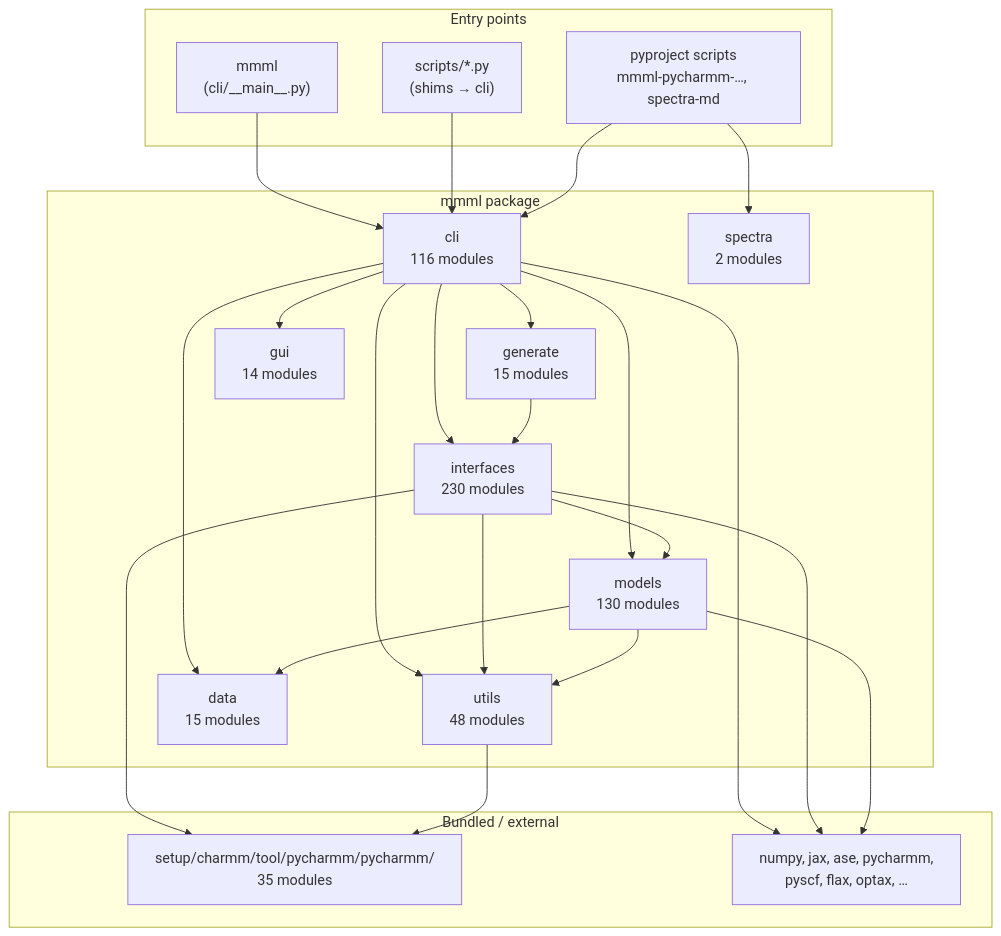
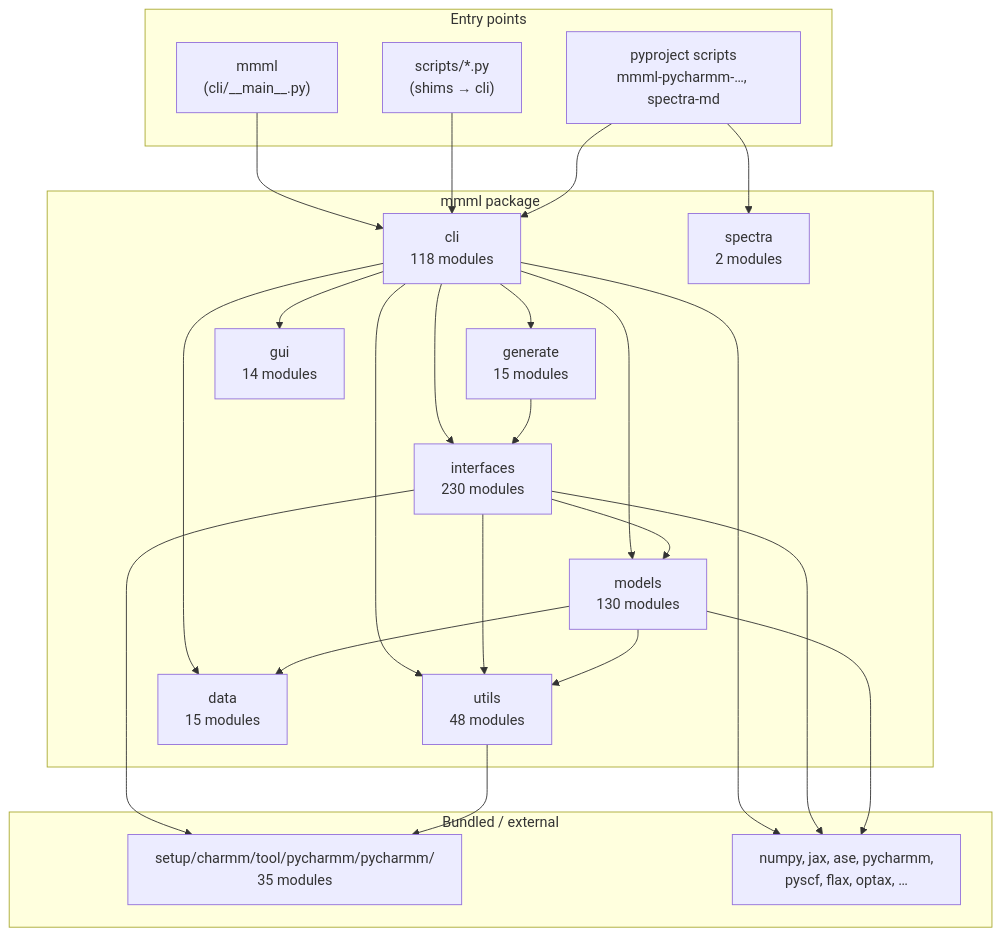
Before and after one commit to EricBoittier/mmml: the first of 8 diagrams in docs/package-architecture.md, drawn with Mermaid. The commit also changed other lines of this file, not shown here.

Commit message:
fix(docs): update module counts in package architecture documentation
This commit corrects the module counts in the package architecture documentation, reflecting the current state of the CLI and main script. The CLI module count is updated to 118 modules, and the main script subcommand count is updated to 59 subcommands, ensuring accurate representation of the project's structure.

````diff
--- a/docs/package-architecture.md
+++ b/docs/package-architecture.md
@@ -13,48 +13,48 @@
 ```mermaid
 flowchart TB
   subgraph entry["Entry points"]
     MMML["mmml\n(cli/__main__.py)"]
     SCRIPTS["scripts/*.py\n(shims → cli)"]
     PKG["pyproject scripts\nmmml-pycharmm-…, spectra-md"]
   end
 
   subgraph mmml_pkg["mmml package"]
-    CLI["cli\n116 modules"]
+    CLI["cli\n118 modules"]
     IFACE["interfaces\n230 modules"]
     MODELS["models\n130 modules"]
     UTILS["utils\n48 modules"]
     DATA["data\n15 modules"]
     GEN["generate\n15 modules"]
     GUI["gui\n14 modules"]
     SPEC["spectra\n2 modules"]
   end
 
   subgraph vendor["Bundled / external"]
     PYCH["setup/charmm/tool/pycharmm/pycharmm/\n35 modules"]
     EXT["numpy, jax, ase, pycharmm,\npyscf, flax, optax, …"]
   end
 
   MMML --> CLI
   SCRIPTS --> CLI
   PKG --> CLI
   PKG --> SPEC
 
   CLI --> IFACE
   CLI --> MODELS
   CLI --> DATA
   CLI --> UTILS
   CLI --> GEN
   CLI --> GUI
 
   IFACE --> MODELS
   IFACE --> UTILS
   IFACE --> PYCH
   MODELS --> UTILS
   MODELS --> DATA
   UTILS --> PYCH
   GEN --> IFACE
 
   CLI --> EXT
   IFACE --> EXT
   MODELS --> EXT
 ```
````
